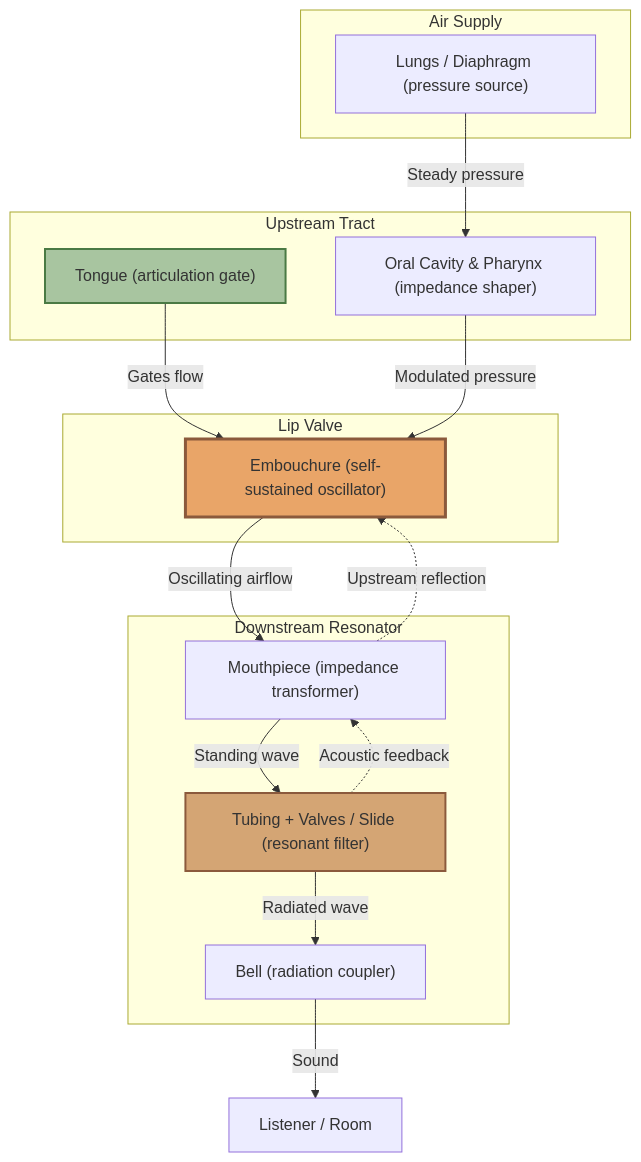
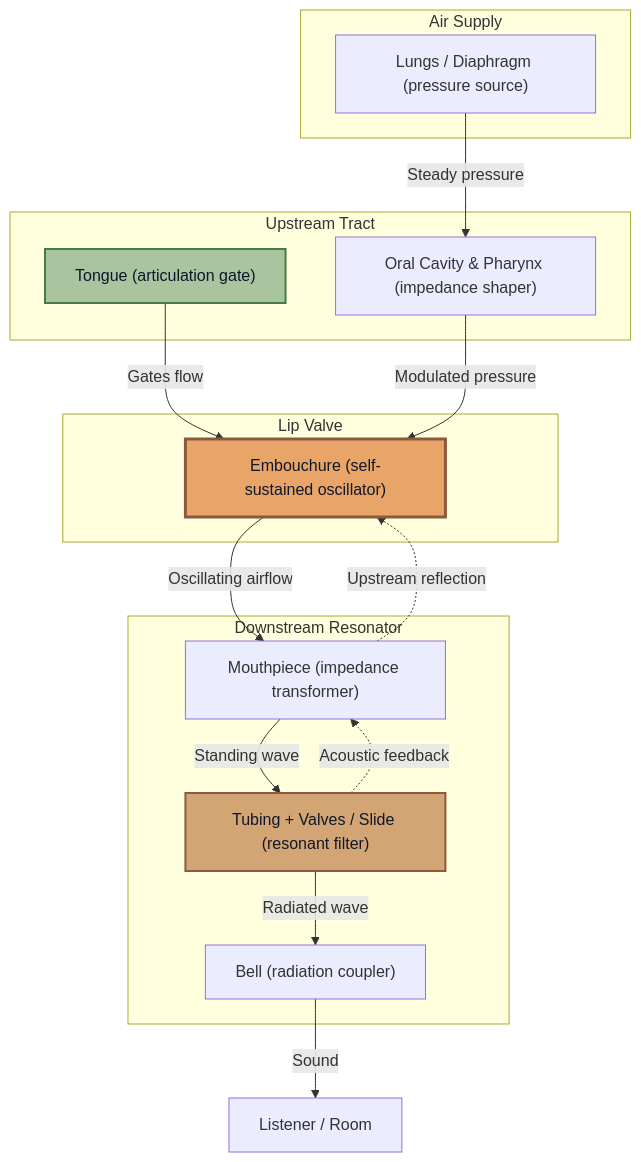
Before and after one commit to blebleblee/synapse: the first of 4 diagrams in topics/arts/music_performance/brass/lesson_02_articulation_and_vibrato.md, drawn with Mermaid. The commit also changed other lines of this file and 1464 other files, not shown here.

Commit message:
feat(release): curriculum vector mermaid upgrade, render hardening, and master synpack

````diff
--- a/topics/arts/music_performance/brass/lesson_02_articulation_and_vibrato.md
+++ b/topics/arts/music_performance/brass/lesson_02_articulation_and_vibrato.md
@@ -15,36 +15,36 @@
 ```mermaid
 graph TD
     subgraph sub_supply ["Air Supply"]
         A["Lungs / Diaphragm (pressure source)"]
     end
 
     subgraph sub_tract ["Upstream Tract"]
         B["Oral Cavity & Pharynx (impedance shaper)"]
         C["Tongue (articulation gate)"]
     end
 
     subgraph sub_valve ["Lip Valve"]
         D["Embouchure (self-sustained oscillator)"]
     end
 
     subgraph sub_resonator ["Downstream Resonator"]
         E["Mouthpiece (impedance transformer)"]
         F["Tubing + Valves / Slide (resonant filter)"]
         G["Bell (radiation coupler)"]
     end
 
     A -->|"Steady pressure"| B
     C -->|"Gates flow"| D
     B -->|"Modulated pressure"| D
     D -->|"Oscillating airflow"| E
     E -->|"Standing wave"| F
     F -->|"Radiated wave"| G
     G -->|"Sound"| H["Listener / Room"]
 
     F -.->|"Acoustic feedback"| E
     E -.->|"Upstream reflection"| D
 
-    style D fill:#E9A568,stroke:#8B5A3C,stroke-width:3px
-    style F fill:#D4A574,stroke:#8B5A3C,stroke-width:2px
-    style C fill:#A8C5A0,stroke:#4A7A44,stroke-width:2px
+    style D fill:#E9A568,stroke:#8B5A3C,stroke-width:3px,color:#0f172a
+    style F fill:#D4A574,stroke:#8B5A3C,stroke-width:2px,color:#0f172a
+    style C fill:#A8C5A0,stroke:#4A7A44,stroke-width:2px,color:#0f172a
 ```
````
